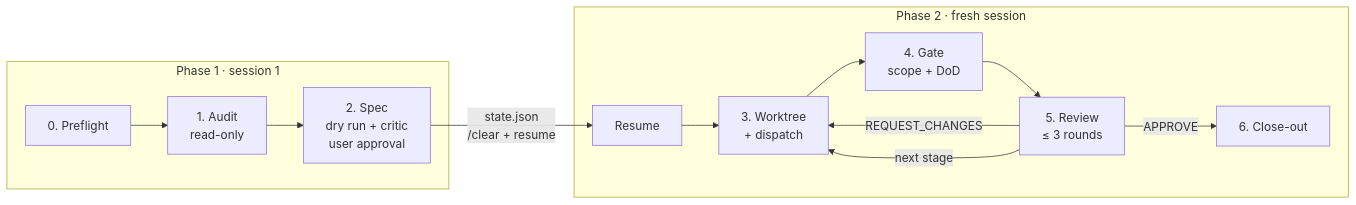
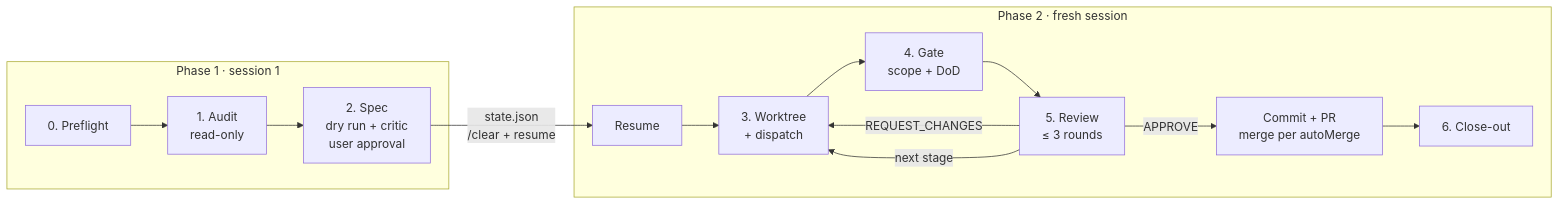
Before and after one commit to cosmo-chang-1701/spec-audit-and-refactor: the diagram in README.md, drawn with Mermaid. The commit also changed other lines of this file and 13 other files, not shown here.

First line of the commit message:
Review on the lead model, auto-open PRs, add autoMerge modes

````diff
--- a/README.md
+++ b/README.md
@@ -79,16 +79,17 @@
 ```mermaid
 flowchart LR
     subgraph P1[Phase 1 · session 1]
     A[0. Preflight] --> B[1. Audit<br/>read-only]
     B --> C[2. Spec<br/>dry run + critic<br/>user approval]
     end
     C -->|state.json<br/>/clear + resume| R[Resume]
     subgraph P2[Phase 2 · fresh session]
     R --> D[3. Worktree<br/>+ dispatch]
     D --> E[4. Gate<br/>scope + DoD]
     E --> F[5. Review<br/>≤ 3 rounds]
     F -->|REQUEST_CHANGES| D
     F -->|next stage| D
-    F -->|APPROVE| G[6. Close-out]
+    F -->|APPROVE| PR[Commit + PR<br/>merge per autoMerge]
+    PR --> G[6. Close-out]
     end
 ```
````
